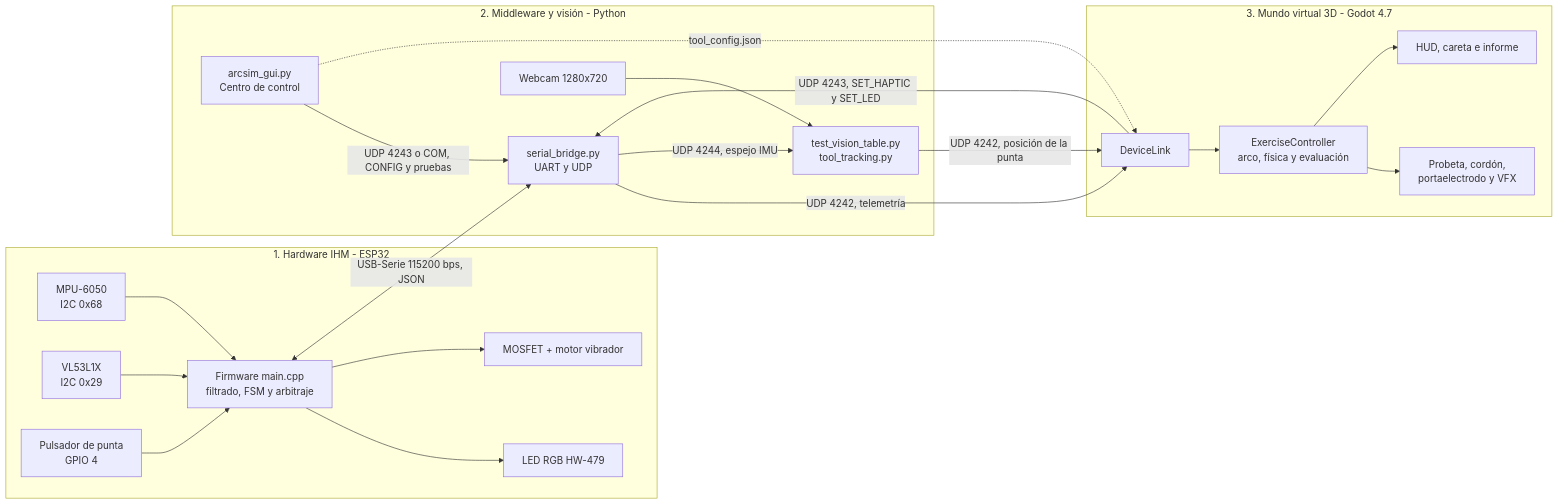
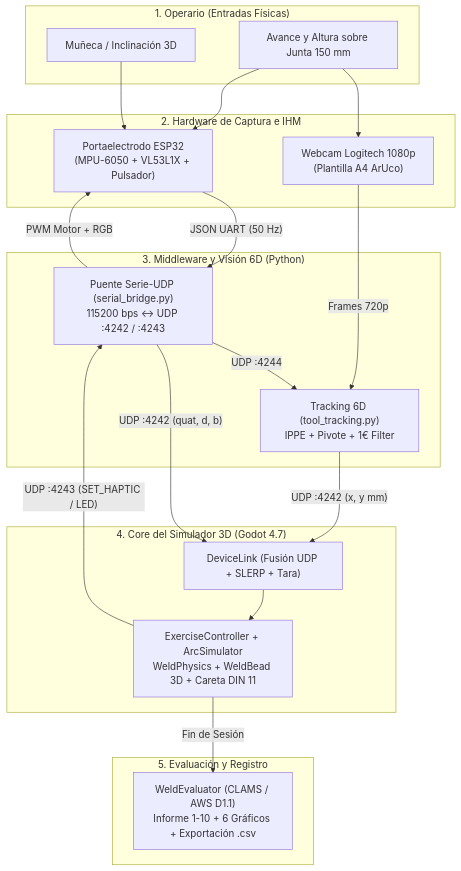
Before and after one commit to lucho-albanez/Trabajo_integrador_RV: the first of 4 diagrams in informe_tecnico.md, drawn with Mermaid. The commit also changed other lines of this file and 59 other files, not shown here.

````diff
--- a/informe_tecnico.md
+++ b/informe_tecnico.md
@@ -180,42 +46,39 @@
 ```mermaid
-flowchart LR
-    subgraph HW["1. Hardware IHM - ESP32"]
-        MPU["MPU-6050<br/>I2C 0x68"]
-        TOF["VL53L1X<br/>I2C 0x29"]
-        BTN["Pulsador de punta<br/>GPIO 4"]
-        FW["Firmware main.cpp<br/>filtrado, FSM y arbitraje"]
-        LED["LED RGB HW-479"]
-        MOT["MOSFET + motor vibrador"]
-        MPU --> FW
-        TOF --> FW
-        BTN --> FW
-        FW --> LED
-        FW --> MOT
+flowchart TB
+    subgraph L1["1. Operario (Entradas Físicas)"]
+        M1["Muñeca / Inclinación 3D"]
+        M2["Avance y Altura sobre Junta 150 mm"]
     end
 
-    subgraph HOST["2. Middleware y visión - Python"]
-        BR["serial_bridge.py<br/>UART y UDP"]
-        CAM["Webcam 1280x720"]
-        VIS["test_vision_table.py<br/>tool_tracking.py"]
-        GUI["arcsim_gui.py<br/>Centro de control"]
-        CAM --> VIS
+    subgraph L2["2. Hardware de Captura e IHM"]
+        CAM["Webcam Logitech 1080p\n(Plantilla A4 ArUco)"]
+        ESP["Portaelectrodo ESP32\n(MPU-6050 + VL53L1X + Pulsador)"]
     end
 
-    subgraph SIM["3. Mundo virtual 3D - Godot 4.7"]
-        DL["DeviceLink"]
-        EC["ExerciseController<br/>arco, física y evaluación"]
-        W3D["Probeta, cordón,<br/>portaelectrodo y VFX"]
-        UI["HUD, careta e informe"]
-        DL --> EC
-        EC --> W3D
-        EC --> UI
+    subgraph L3["3. Middleware y Visión 6D (Python)"]
+        VIS["Tracking 6D (tool_tracking.py)\nIPPE + Pivote + 1€ Filter"]
+        BR["Puente Serie-UDP (serial_bridge.py)\n115200 bps <-> UDP :4242 / :4243"]
     end
 
-    FW <-->|"USB-Serie 115200 bps, JSON"| BR
-    BR -->|"UDP 4242, telemetría"| DL
-    BR -->|"UDP 4244, espejo IMU"| VIS
-    VIS -->|"UDP 4242, posición de la punta"| DL
-    DL -->|"UDP 4243, SET_HAPTIC y SET_LED"| BR
-    GUI -->|"UDP 4243 o COM, CONFIG y pruebas"| BR
-    GUI -.->|"tool_config.json"| DL
+    subgraph L4["4. Core del Simulador 3D (Godot 4.7)"]
+        DL["DeviceLink (Fusión UDP + SLERP + Tara)"]
+        W3D["ExerciseController + ArcSimulator\nWeldPhysics + WeldBead 3D + Careta DIN 11"]
+    end
+
+    subgraph L5["5. Evaluación y Registro"]
+        REP["WeldEvaluator (CLAMS / AWS D1.1)\nInforme 1-10 + 6 Gráficos + Exportación .csv"]
+    end
+
+    M1 --> ESP
+    M2 --> CAM
+    M2 --> ESP
+    CAM -- "Frames 720p" --> VIS
+    ESP -- "JSON UART (50 Hz)" --> BR
+    BR -- "UDP :4244" --> VIS
+    VIS -- "UDP :4242 (x, y mm)" --> DL
+    BR -- "UDP :4242 (quat, d, b)" --> DL
+    DL --> W3D
+    W3D -- "UDP :4243 (SET_HAPTIC / LED)" --> BR
+    BR -- "PWM Motor + RGB" --> ESP
+    W3D -- "Fin de Sesión" --> REP
 ```
````
